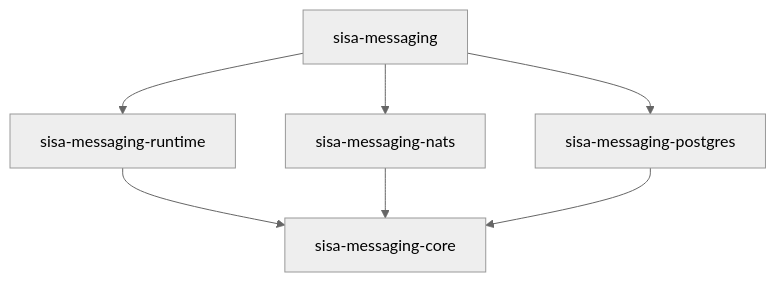
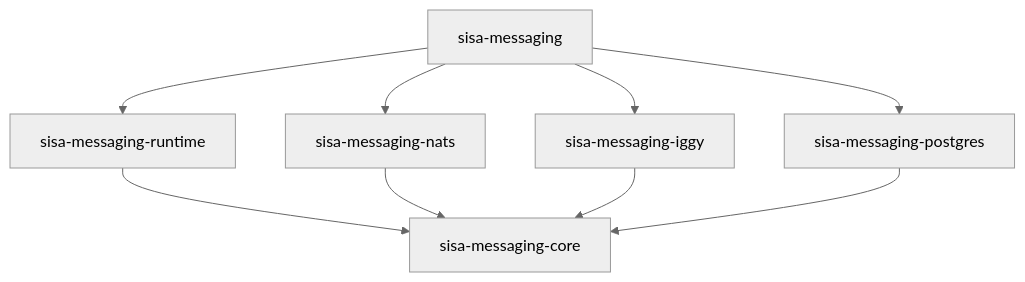
The diagram in docs/01-architecture.md (sisaio/sisa-messaging-rs), drawn with Mermaid (neutral theme) before and after one commit. The commit also changed other lines of this file and 4 other files, not shown here.

````diff
--- a/docs/01-architecture.md
+++ b/docs/01-architecture.md
@@ -44,9 +44,11 @@
 ```mermaid
 flowchart TD
     facade[sisa-messaging] --> runtime[sisa-messaging-runtime]
     facade --> nats[sisa-messaging-nats]
+    facade --> iggy[sisa-messaging-iggy]
     facade --> postgres[sisa-messaging-postgres]
     runtime --> core[sisa-messaging-core]
     nats --> core
+    iggy --> core
     postgres --> core
 ```
````
